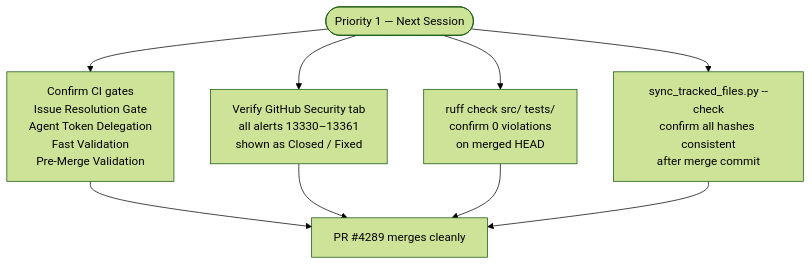
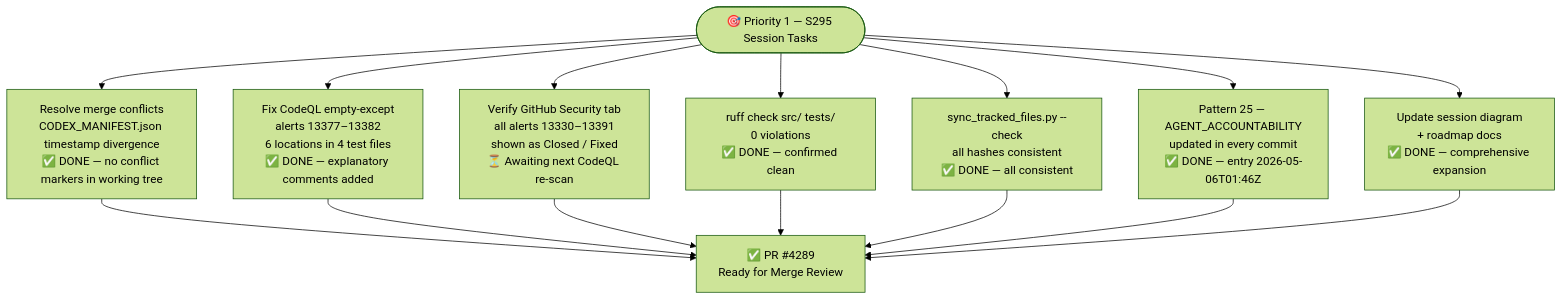
One commit to Aries-Serpent/_codex_ changed the second of 10 diagrams in docs/roadmap/PR4289_whats_next.md. Above: the diagram before and after it, drawn with Mermaid (forest theme). The commit also changed other lines of this file and 6 other files, not shown here.

First line of the commit message:
docs: massively expand PR4289 mermaid diagrams — quantum-physics formulas, 15 diagram types, full commit history coverage

````diff
--- a/docs/roadmap/PR4289_whats_next.md
+++ b/docs/roadmap/PR4289_whats_next.md
@@ -42,17 +49,14 @@
 ```mermaid
 flowchart TD
-    P1([Priority 1 — Next Session])
+    P1(["🎯 Priority 1 — S295 Session Tasks"])
 
-    P1 --> CI_GATE[Confirm CI gates\nIssue Resolution Gate\nAgent Token Delegation\nFast Validation\nPre-Merge Validation]
+    P1 --> MC["Resolve merge conflicts\nCODEX_MANIFEST.json timestamp divergence\n✅ DONE — no conflict markers in working tree"]
+    P1 --> EE["Fix CodeQL empty-except\nalerts 13377–13382\n6 locations in 4 test files\n✅ DONE — explanatory comments added"]
+    P1 --> CQ["Verify GitHub Security tab\nall alerts 13330–13391\nshown as Closed / Fixed\n⏳ Awaiting next CodeQL re-scan"]
+    P1 --> RF["ruff check src/ tests/\n0 violations\n✅ DONE — confirmed clean"]
+    P1 --> SC["sync_tracked_files.py --check\nall hashes consistent\n✅ DONE — all consistent"]
+    P1 --> P25["Pattern 25 — AGENT_ACCOUNTABILITY\nupdated in every commit\n✅ DONE — entry 2026-05-06T01:46Z"]
+    P1 --> DD["Update session diagram\n+ roadmap docs\n✅ DONE — comprehensive expansion"]
 
-    P1 --> CODEQL_CHECK[Verify GitHub Security tab\nall alerts 13330–13361\nshown as Closed / Fixed]
-
-    P1 --> RUFF_CHECK[ruff check src/ tests/\nconfirm 0 violations\non merged HEAD]
-
-    P1 --> SYNC_CHECK[sync_tracked_files.py --check\nconfirm all hashes consistent\nafter merge commit]
-
-    CI_GATE --> MERGE_READY[PR #4289 merges cleanly]
-    CODEQL_CHECK --> MERGE_READY
-    RUFF_CHECK --> MERGE_READY
-    SYNC_CHECK --> MERGE_READY
+    MC & EE & CQ & RF & SC & P25 & DD --> MERGE_READY["✅ PR #4289\nReady for Merge Review"]
 ```
````
